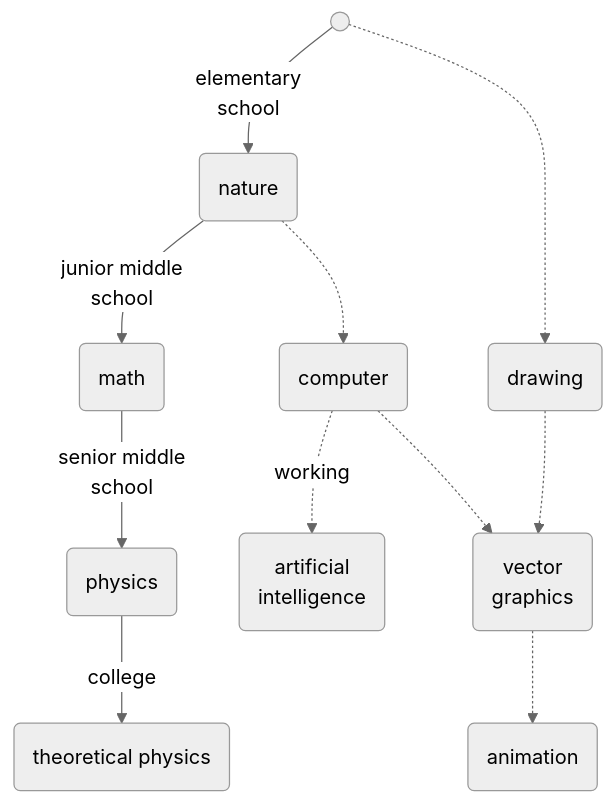
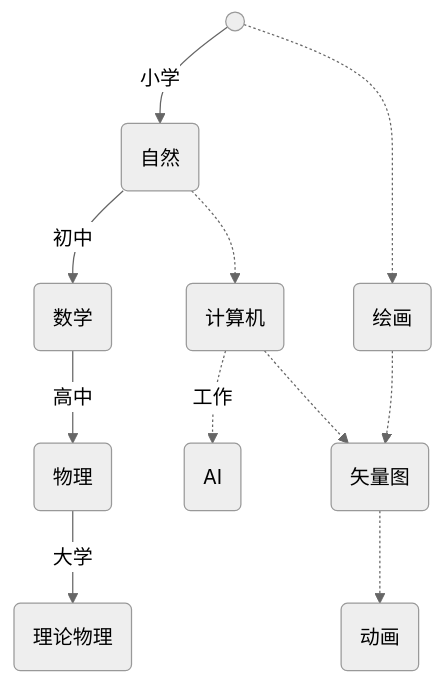
The diagram in source/about/index.md (WilenWu/myblog), drawn with Mermaid (neutral theme) before and after one commit. The commit also changed other lines of this file and 15 other files, not shown here.

```diff
--- a/source/about/index.md
+++ b/source/about/index.md
@@ -18,11 +18,11 @@
 {% mermaid %}
 graph TD
-A(( )) --elementary<br >school--> B(nature)
-B --junior middle<br >school--> C(math)
-C --senior middle<br >school--> D(physics)
-D --college--> E(theoretical physics)
+A(( )) --小学--> B(自然)
+B --初中--> C(数学)
+C --高中--> D(物理)
+D --大学--> E(理论物理)
 
-B -.-> E3(computer) -.working.-> F3(artificial<br>intelligence) 
-A -.-> B1(drawing) -.-> D1(vector<br>graphics) -.-> D2(animation)
+B -.-> E3(计算机) -.工作.-> F3(AI) 
+A -.-> B1(绘画) -.-> D1(矢量图) -.-> D2(动画)
 E3 -.-> D1
 {% endmermaid %}
```
